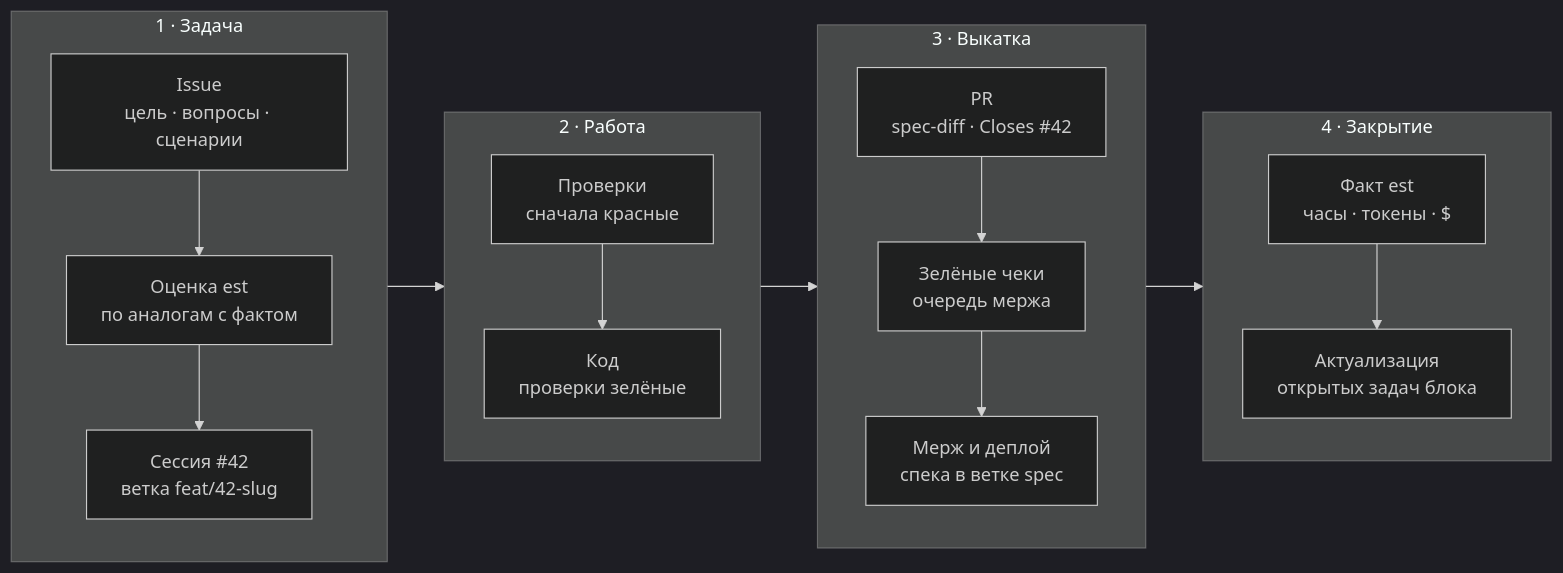
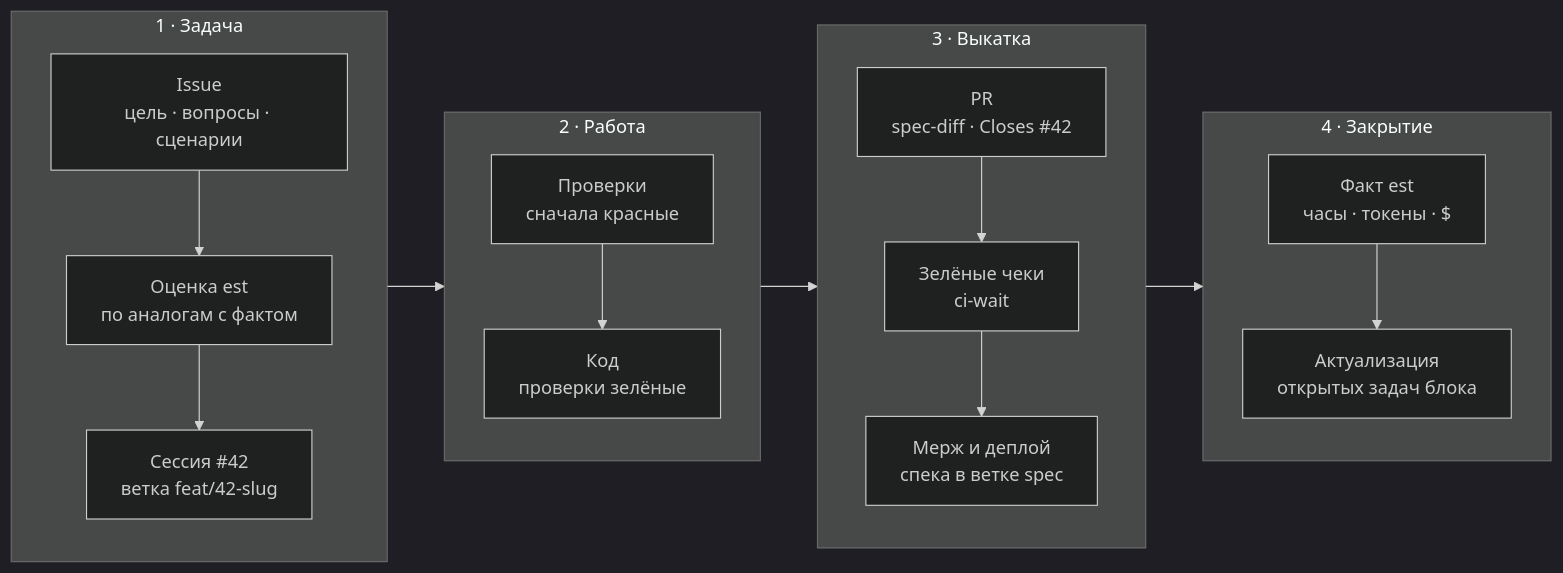
One commit to miroshnik/ai-dev changed the diagram in README.md. Above: the diagram before and after it, drawn with Mermaid (dark theme). The commit also changed other lines of this file and 4 other files, not shown here.

````diff
--- a/README.md
+++ b/README.md
@@ -30,20 +30,20 @@
 ```mermaid
 flowchart LR
   subgraph task ["1 · Задача"]
     direction TB
     I["Issue<br>цель · вопросы · сценарии"] --> E["Оценка est<br>по аналогам с фактом"] --> S["Сессия #42<br>ветка feat/42-slug"]
   end
   subgraph work ["2 · Работа"]
     direction TB
     T["Проверки<br>сначала красные"] --> C["Код<br>проверки зелёные"]
   end
   subgraph ship ["3 · Выкатка"]
     direction TB
-    P["PR<br>spec-diff · Closes #42"] --> G["Зелёные чеки<br>очередь мержа"] --> M["Мерж и деплой<br>спека в ветке spec"]
+    P["PR<br>spec-diff · Closes #42"] --> G["Зелёные чеки<br>ci-wait"] --> M["Мерж и деплой<br>спека в ветке spec"]
   end
   subgraph done ["4 · Закрытие"]
     direction TB
     F["Факт est<br>часы · токены · $"] --> U["Актуализация<br>открытых задач блока"]
   end
   task --> work --> ship --> done
 ```
````
